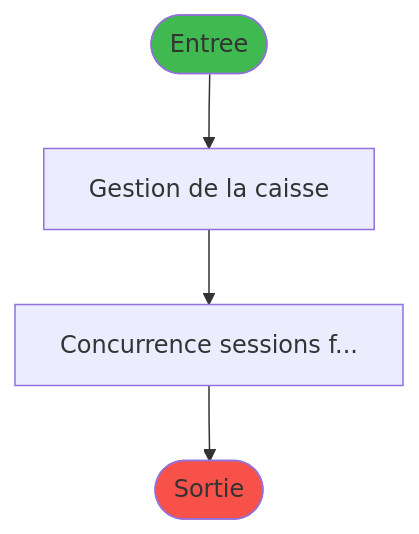
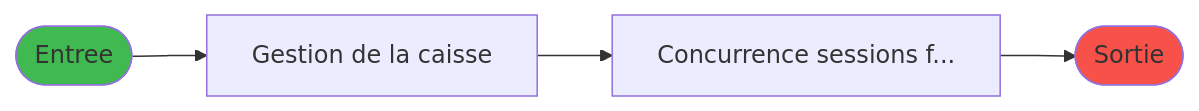
Before and after one commit to thonyAGP/lecteur-magic: the first of 3 diagrams in .openspec/specs/ADH-IDE-121.md, drawn with Mermaid. The commit also changed other lines of this file and 9 other files, not shown here.

````diff
--- a/.openspec/specs/ADH-IDE-121.md
+++ b/.openspec/specs/ADH-IDE-121.md
@@ -132,12 +134,12 @@
 ```mermaid
-flowchart TD
+flowchart LR
     START([Entree])
     style START fill:#3fb950
     F1[Gestion de la caisse]
-    START --> F1
     F2[Concurrence sessions f...]
-    F1 --> F2
     FIN([Sortie])
     style FIN fill:#f85149
+    START --> F1
+    F1 --> F2
     F2 --> FIN
 ```
````
